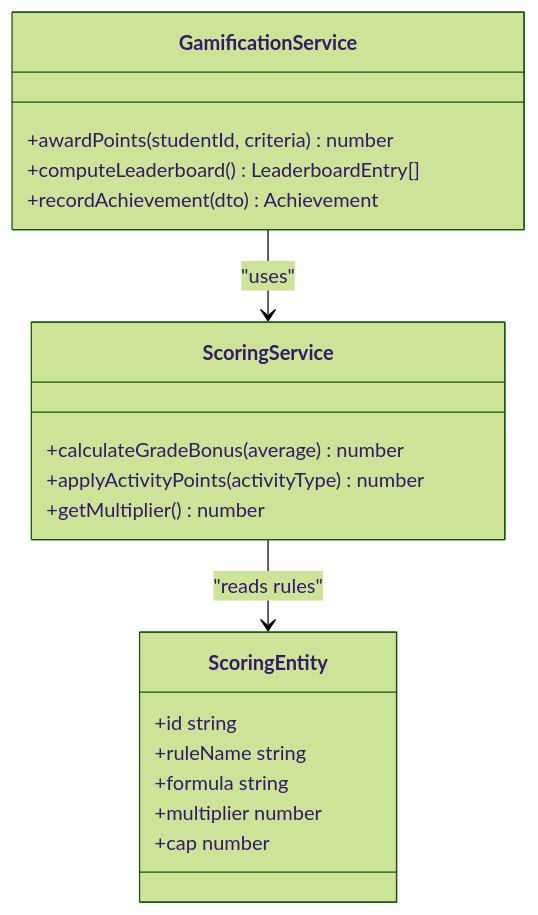
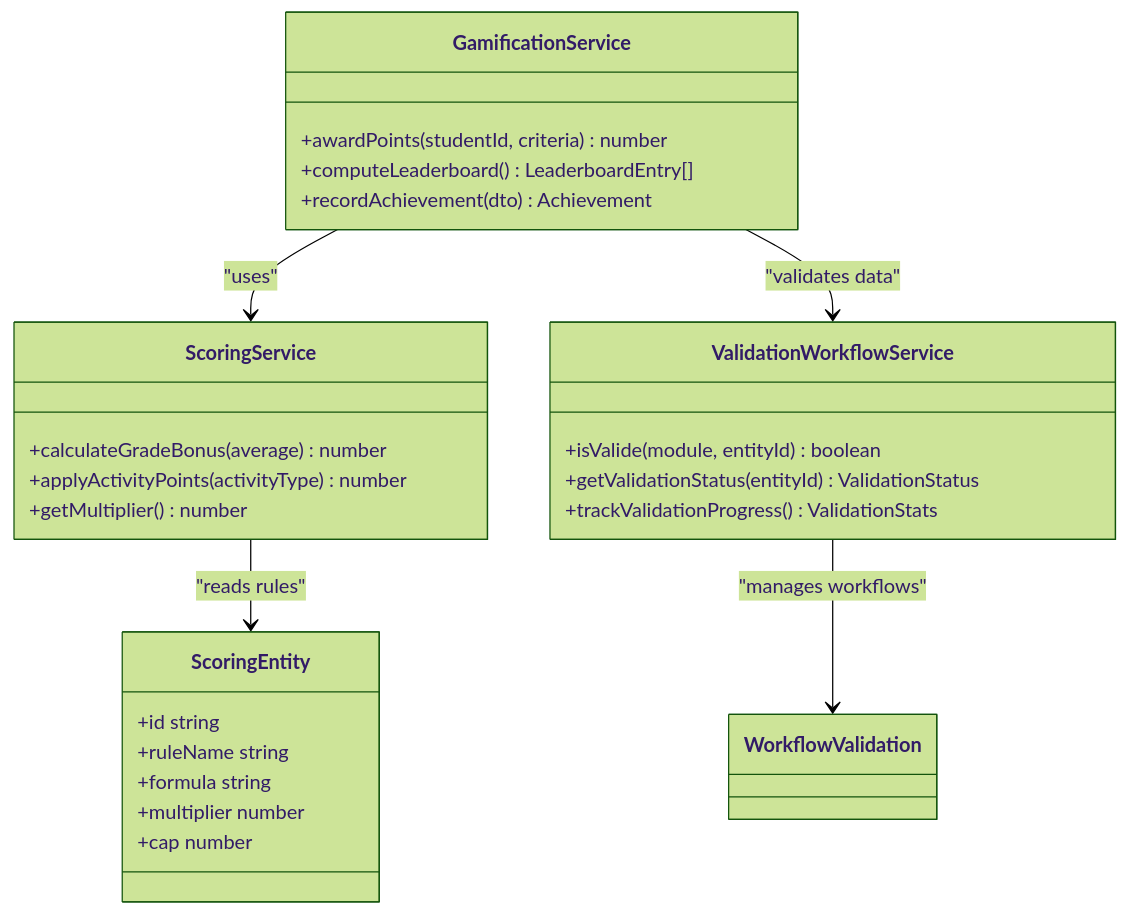
The fifth of 7 diagrams in .qoder/repowiki/en/content/Backend API Documentation/Grading System API.md (franckylab/eLISAschool), drawn with Mermaid (forest theme) before and after one commit. The commit also changed other lines of this file and 358 other files, not shown here.

First line of the commit message:
feat(validation): intégrer le système de workflow de validation

````diff
--- a/.qoder/repowiki/en/content/Backend API Documentation/Grading System API.md
+++ b/.qoder/repowiki/en/content/Backend API Documentation/Grading System API.md
@@ -292,22 +338,29 @@
 ```mermaid
 classDiagram
 class GamificationService {
 +awardPoints(studentId, criteria) number
 +computeLeaderboard() LeaderboardEntry[]
 +recordAchievement(dto) Achievement
 }
 class ScoringService {
 +calculateGradeBonus(average) number
 +applyActivityPoints(activityType) number
 +getMultiplier() number
 }
+class ValidationWorkflowService {
++isValide(module, entityId) boolean
++getValidationStatus(entityId) ValidationStatus
++trackValidationProgress() ValidationStats
+}
 class ScoringEntity {
 +id string
 +ruleName string
 +formula string
 +multiplier number
 +cap number
 }
 GamificationService --> ScoringService : "uses"
+GamificationService --> ValidationWorkflowService : "validates data"
 ScoringService --> ScoringEntity : "reads rules"
+ValidationWorkflowService --> WorkflowValidation : "manages workflows"
 ```
````
